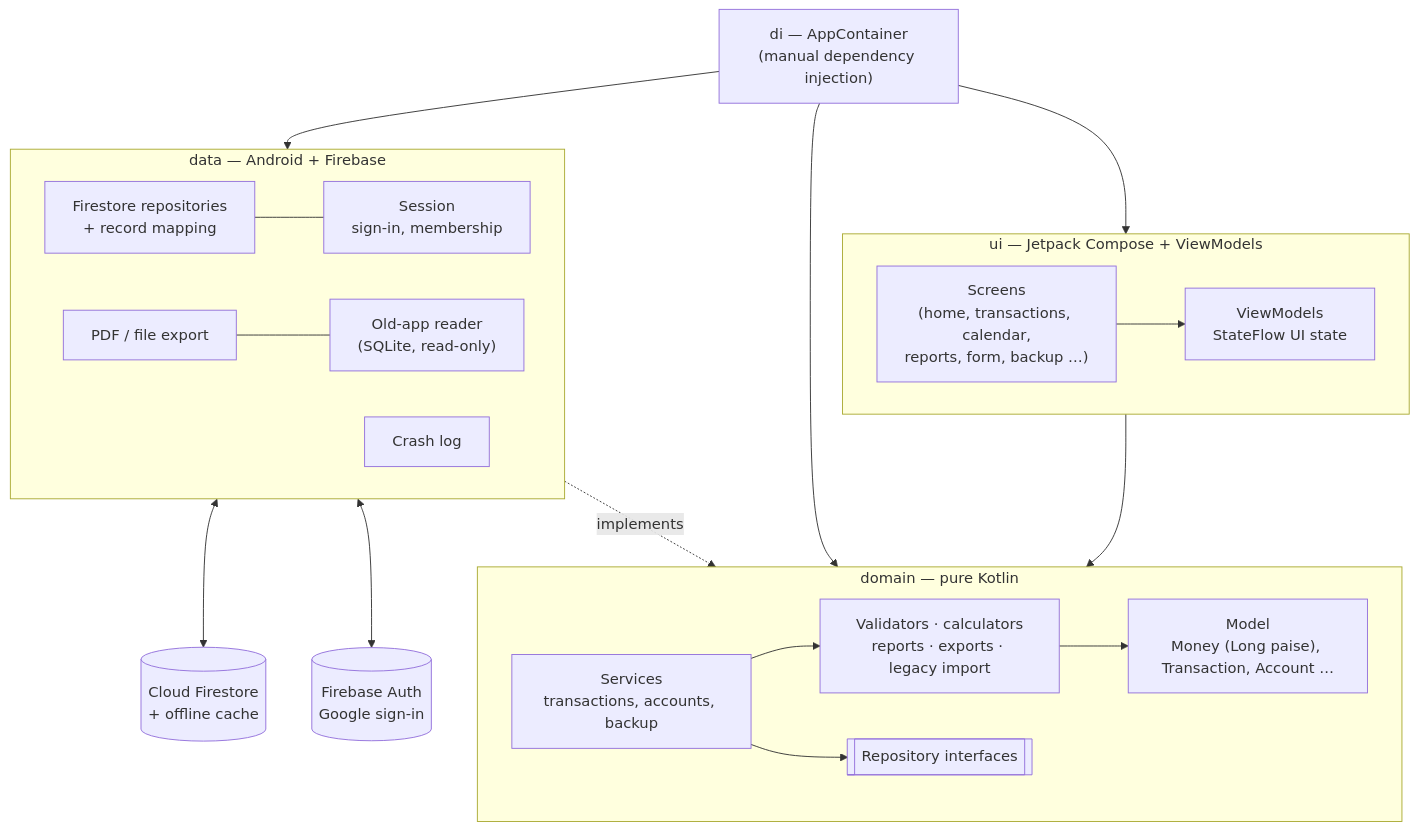
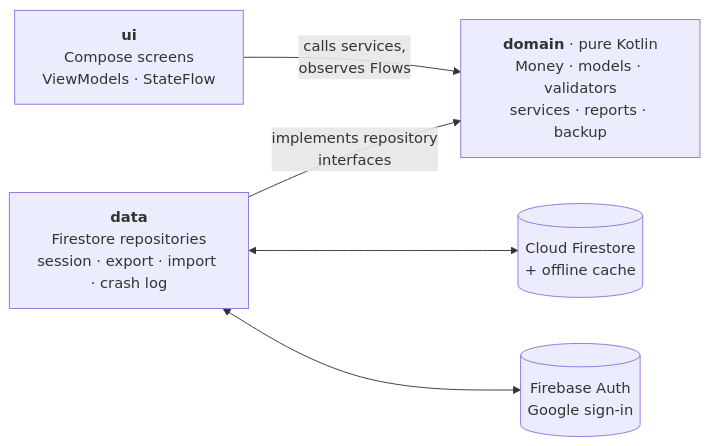
Before and after one commit to rknishanth152-lgtm/family-finance-manager: the first of 2 diagrams in README.md, drawn with Mermaid. The commit also changed other lines of this file, not shown here.

Commit message:
README: simpler architecture diagram and a one-row hero

````diff
--- a/README.md
+++ b/README.md
@@ -96,31 +96,13 @@
 ```mermaid
-flowchart TB
-    subgraph UI["ui — Jetpack Compose + ViewModels"]
-        direction LR
-        Screens["Screens<br/>(home, transactions, calendar,<br/>reports, form, backup …)"] --> VMs["ViewModels<br/>StateFlow UI state"]
-    end
+flowchart LR
+    UI["<b>ui</b><br/>Compose screens<br/>ViewModels · StateFlow"]
+    Domain["<b>domain</b> · pure Kotlin<br/>Money · models · validators<br/>services · reports · backup"]
+    Data["<b>data</b><br/>Firestore repositories<br/>session · export · import · crash log"]
+    Cloud[("Cloud Firestore<br/>+ offline cache")]
+    Auth[("Firebase Auth<br/>Google sign-in")]
 
-    subgraph Domain["domain — pure Kotlin"]
-        direction LR
-        UseCases["Services<br/>transactions, accounts, backup"] --> Rules["Validators · calculators<br/>reports · exports · legacy import"]
-        UseCases --> Repos[["Repository interfaces"]]
-        Rules --> Model["Model<br/>Money (Long paise), Transaction, Account …"]
-    end
-
-    subgraph Data["data — Android + Firebase"]
-        direction LR
-        Firestore["Firestore repositories<br/>+ record mapping"] --- Session["Session<br/>sign-in, membership"]
-        Export["PDF / file export"] --- Legacy["Old-app reader<br/>(SQLite, read-only)"]
-        Crash["Crash log"]
-    end
-
-    DI["di — AppContainer<br/>(manual dependency injection)"]
-
-    VMs --> UseCases
-    Firestore -. implements .-> Repos
-    DI --> UI
-    DI --> Domain
-    DI --> Data
-    Firestore <--> Cloud[("Cloud Firestore<br/>+ offline cache")]
-    Session <--> Auth[("Firebase Auth<br/>Google sign-in")]
+    UI -->|calls services,<br/>observes Flows| Domain
+    Data -->|implements repository<br/>interfaces| Domain
+    Data <--> Cloud
+    Data <--> Auth
 ```
````
